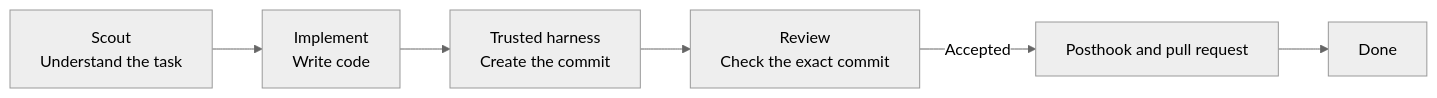
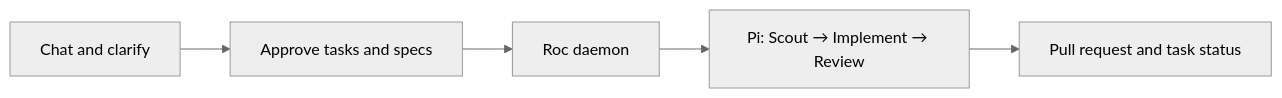
The diagram in README.md (devos-ing/Roc), drawn with Mermaid (neutral theme) before and after one commit. The commit also changed other lines of this file and 40 other files, not shown here.

````diff
--- a/README.md
+++ b/README.md
@@ -377,8 +14,7 @@
 ```mermaid
 flowchart LR
-    S["Scout<br/>Understand the task"] --> I["Implement<br/>Write code"]
-    I --> C["Trusted harness<br/>Create the commit"]
-    C --> R["Review<br/>Check the exact commit"]
-    R -->|Accepted| P["Posthook and pull request"]
-    P --> D["Done"]
+    A["Chat and clarify"] --> B["Approve tasks and specs"]
+    B --> C["Roc daemon"]
+    C --> D["Pi: Scout → Implement → Review"]
+    D --> E["Pull request and task status"]
 ```
````
